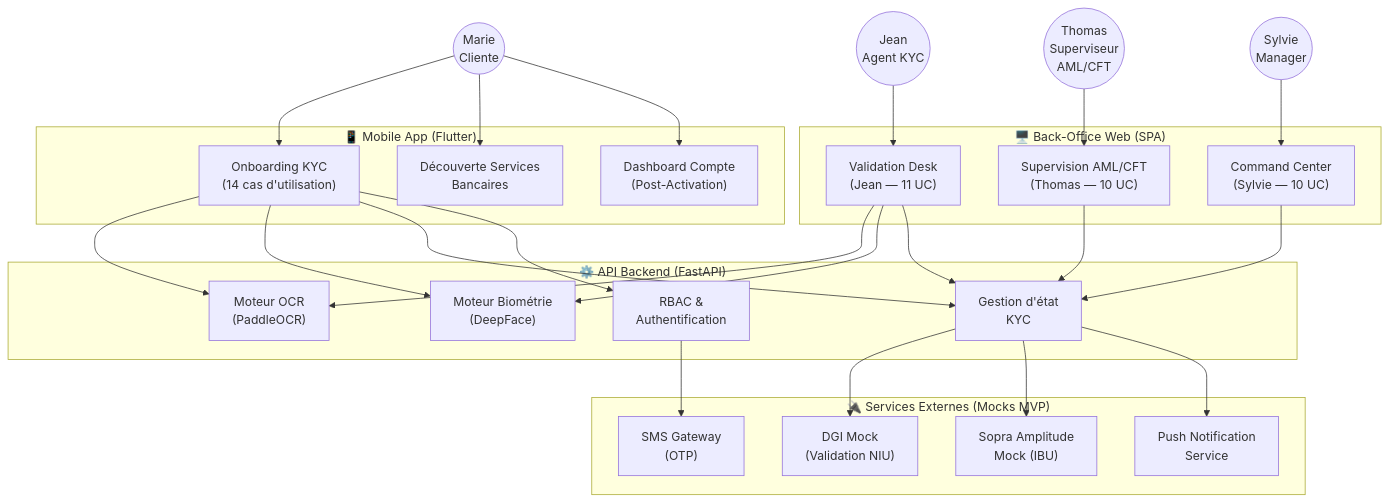
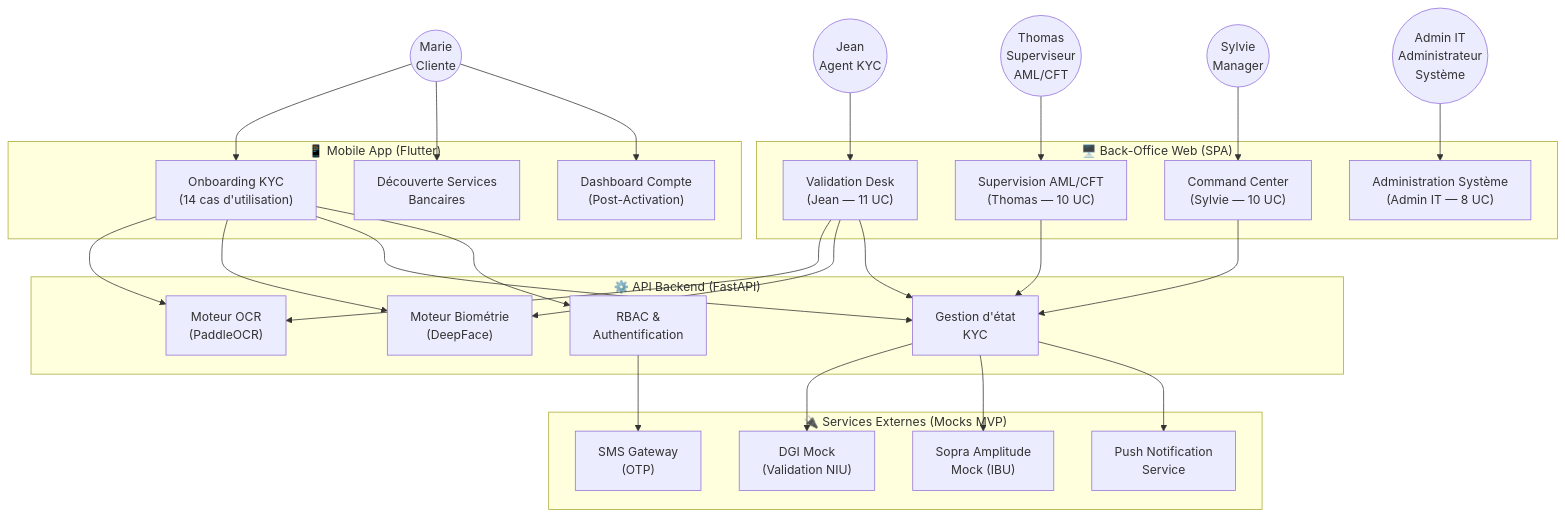
The sixth of 6 diagrams in docs/diagrams/use-case-diagrams.md (Ken-Andre/bicec-veripass), drawn with Mermaid before and after one commit. The commit also changed other lines of this file and 26 other files, not shown here.

````diff
--- a/docs/diagrams/use-case-diagrams.md
+++ b/docs/diagrams/use-case-diagrams.md
@@ -281,62 +335,65 @@
 ```mermaid
 graph TB
     %% ========== ACTEURS PRIMAIRES ==========
     Marie((Marie<br/>Cliente))
     Jean((Jean<br/>Agent KYC))
     Thomas((Thomas<br/>Superviseur<br/>AML/CFT))
     Sylvie((Sylvie<br/>Manager))
+    AdminIT((Admin IT<br/>Administrateur<br/>Système))
 
     %% ========== SYSTÈMES ==========
     subgraph "📱 Mobile App (Flutter)"
         M1["Onboarding KYC<br/>(14 cas d'utilisation)"]
         M2["Découverte Services<br/>Bancaires"]
         M3["Dashboard Compte<br/>(Post-Activation)"]
     end
 
     subgraph "🖥️ Back-Office Web (SPA)"
         BO1["Validation Desk<br/>(Jean — 11 UC)"]
         BO2["Supervision AML/CFT<br/>(Thomas — 10 UC)"]
         BO3["Command Center<br/>(Sylvie — 10 UC)"]
+        BO4["Administration Système<br/>(Admin IT — 8 UC)"]
     end
 
     subgraph "⚙️ API Backend (FastAPI)"
         API1["Moteur OCR<br/>(PaddleOCR)"]
         API2["Moteur Biométrie<br/>(DeepFace)"]
         API3["Gestion d'état<br/>KYC"]
         API4["RBAC &<br/>Authentification"]
     end
 
     subgraph "🔌 Services Externes (Mocks MVP)"
         EXT1["DGI Mock<br/>(Validation NIU)"]
         EXT2["Sopra Amplitude<br/>Mock (IBU)"]
         EXT3["SMS Gateway<br/>(OTP)"]
         EXT4["Push Notification<br/>Service"]
     end
 
     %% ========== RELATIONS ACTEURS → SYSTÈMES ==========
     Marie --> M1
     Marie --> M2
     Marie --> M3
 
     Jean --> BO1
     Thomas --> BO2
     Sylvie --> BO3
+    AdminIT --> BO4
 
     %% ========== RELATIONS SYSTÈMES INTERNES ==========
     M1 --> API1
     M1 --> API2
     M1 --> API3
     M1 --> API4
 
     BO1 --> API1
     BO1 --> API2
     BO1 --> API3
     BO2 --> API3
     BO3 --> API3
 
     %% ========== RELATIONS VERS EXTERNES ==========
     API3 --> EXT1
     API3 --> EXT2
     API4 --> EXT3
     API3 --> EXT4
 ```
````
